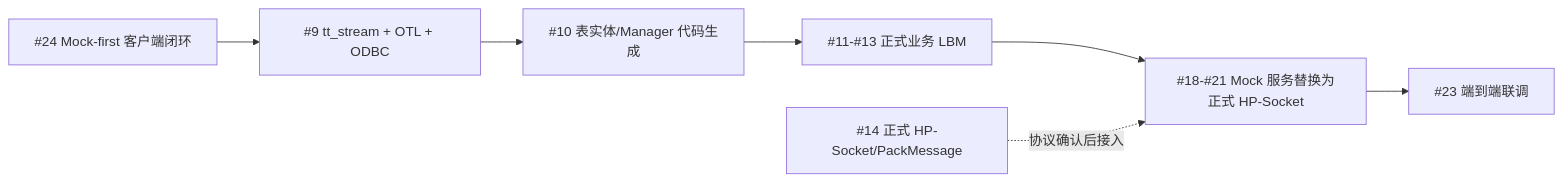
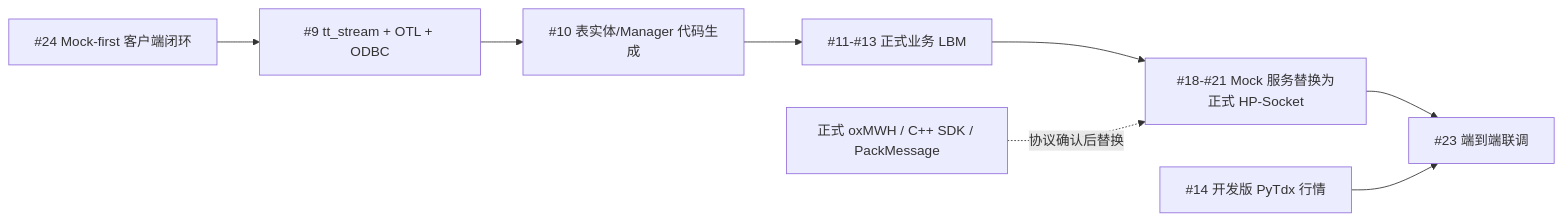
The fifth of 5 diagrams in README.md (Weatherbless2/oxtrade), drawn with Mermaid before and after one commit. The commit also changed other lines of this file and 22 other files, not shown here.

````diff
--- a/README.md
+++ b/README.md
@@ -213,9 +262,10 @@
 ```mermaid
 flowchart LR
     M[#24 Mock-first 客户端闭环] --> D[#9 tt_stream + OTL + ODBC]
     D --> G[#10 表实体/Manager 代码生成]
     G --> L[#11-#13 正式业务 LBM]
     L --> H[#18-#21 Mock 服务替换为正式 HP-Socket]
     H --> E[#23 端到端联调]
-    P[#14 正式 HP-Socket/PackMessage] -. 协议确认后接入 .-> H
+    P[#14 开发版 PyTdx 行情] --> E
+    Q[正式 oxMWH / C++ SDK / PackMessage] -. 协议确认后替换 .-> H
 ```
````
